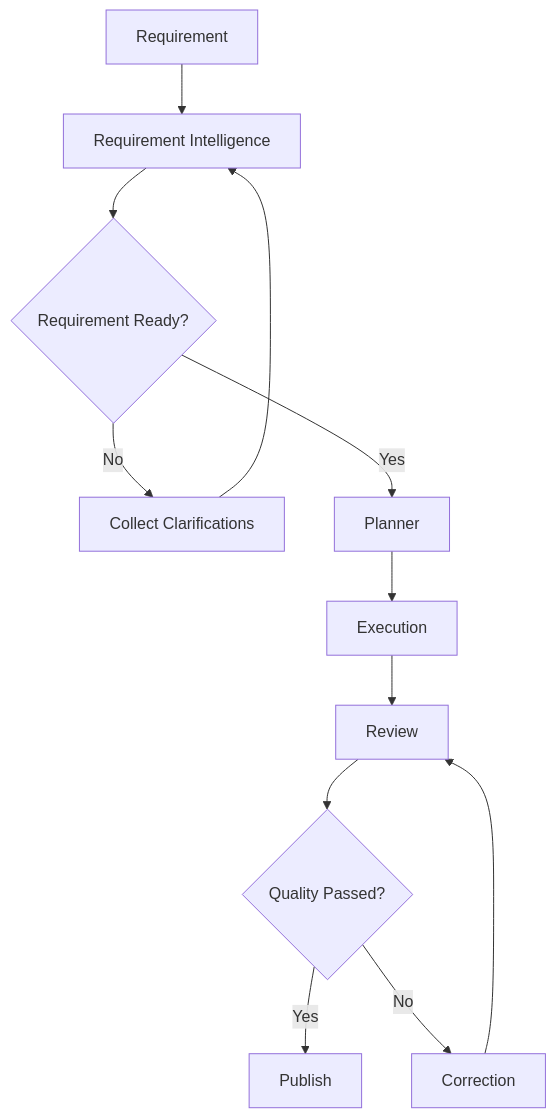
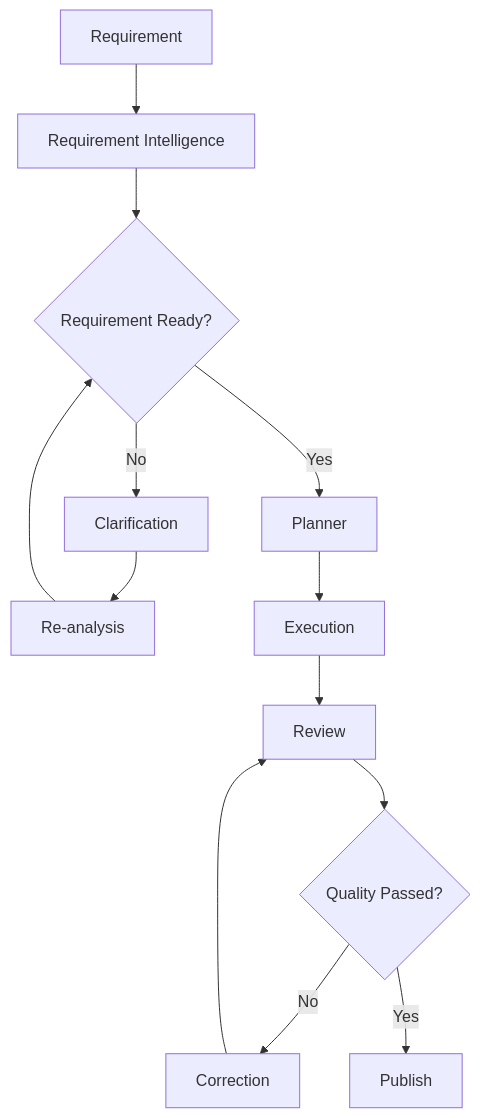
One commit to shaarv70/QAgentic changed the second of 2 diagrams in README.md. Above: the diagram before and after it, drawn with Mermaid. The commit also changed other lines of this file and 54 other files, not shown here.

````diff
--- a/README.md
+++ b/README.md
@@ -104,45 +129,42 @@
 ```mermaid
 flowchart TD
 
 A["Requirement"]
 
 B["Requirement Intelligence"]
 
 C{"Requirement Ready?"}
 
-D["Collect Clarifications"]
+D["Clarification"]
 
-E["Planner"]
+E["Re-analysis"]
 
-F["Execution"]
+F["Planner"]
 
-G["Review"]
+G["Execution"]
 
-H{"Quality Passed?"}
+H["Review"]
 
-I["Correction"]
+I{"Quality Passed?"}
 
-J["Publish"]
+J["Correction"]
+
+K["Publish"]
 
 A --> B
-
 B --> C
 
-C -- No --> D
+C -- "No" --> D
+D --> E
+E --> C
 
-D --> B
+C -- "Yes" --> F
+F --> G
+G --> H
+H --> I
 
-C -- Yes --> E
+I -- "No" --> J
+J --> H
 
-E --> F
-
-F --> G
-
-G --> H
-
-H -- Yes --> J
-
-H -- No --> I
-
-I --> G
+I -- "Yes" --> K
 ```
````
